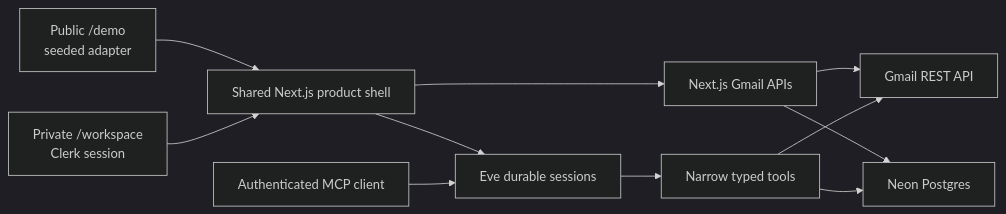
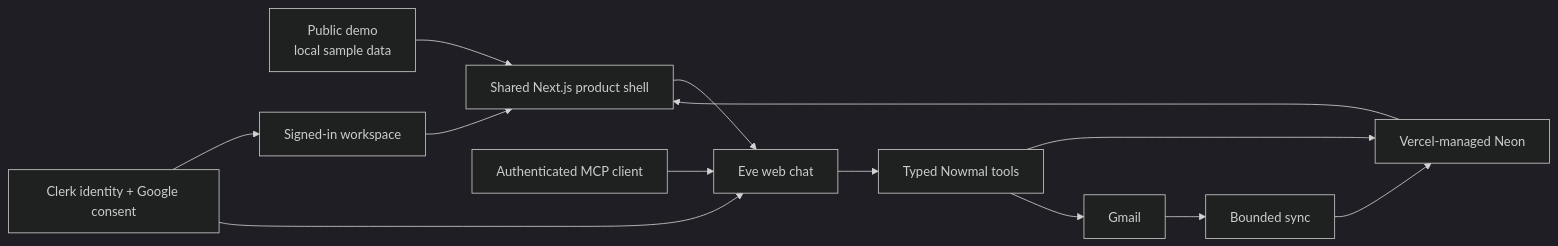
Before and after one commit to danschewy/nowmal: the diagram in docs/ARCHITECTURE.md, drawn with Mermaid (dark theme). The commit also changed other lines of this file and 1 other file, not shown here.

Commit message:
Simplify the architecture handoff

````diff
--- a/docs/ARCHITECTURE.md
+++ b/docs/ARCHITECTURE.md
@@ -5,13 +9,15 @@
 ```mermaid
 flowchart LR
-  Demo["Public /demo\nseeded adapter"] --> UI["Shared Next.js product shell"]
-  User["Private /workspace\nClerk session"] --> UI
-  UI --> API["Next.js Gmail APIs"]
-  UI --> Eve["Eve durable sessions"]
-  API --> Gmail["Gmail REST API"]
-  API --> Neon["Neon Postgres"]
-  Eve --> Tools["Narrow typed tools"]
+  Demo["Public demo\nlocal sample data"] --> Shell["Shared Next.js product shell"]
+  User["Signed-in workspace"] --> Shell
+  Gmail["Gmail"] --> Sync["Bounded sync"]
+  Sync --> Neon["Vercel-managed Neon"]
+  Neon --> Shell
+  Shell --> Eve["Eve web chat"]
+  MCP["Authenticated MCP client"] --> Eve
+  Eve --> Tools["Typed Nowmal tools"]
   Tools --> Neon
   Tools --> Gmail
-  MCP["Authenticated MCP client"] --> Eve
+  Clerk["Clerk identity + Google consent"] --> User
+  Clerk --> Eve
 ```
````
